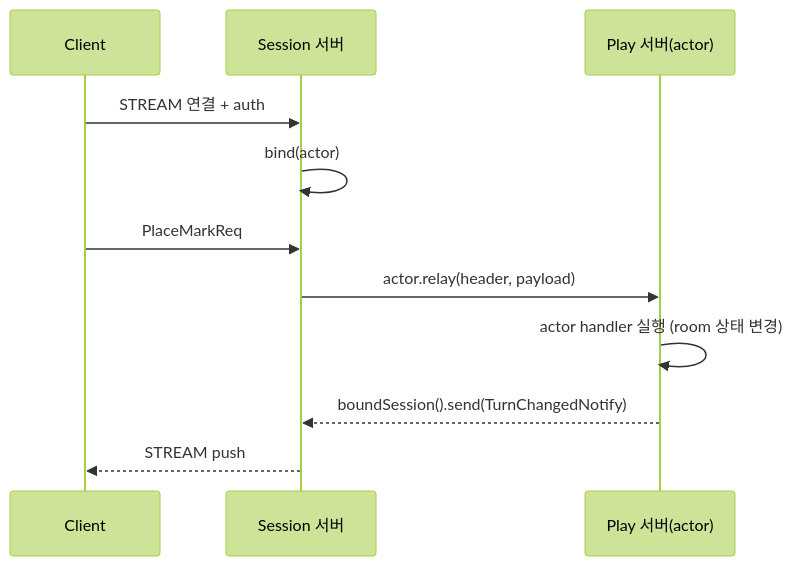
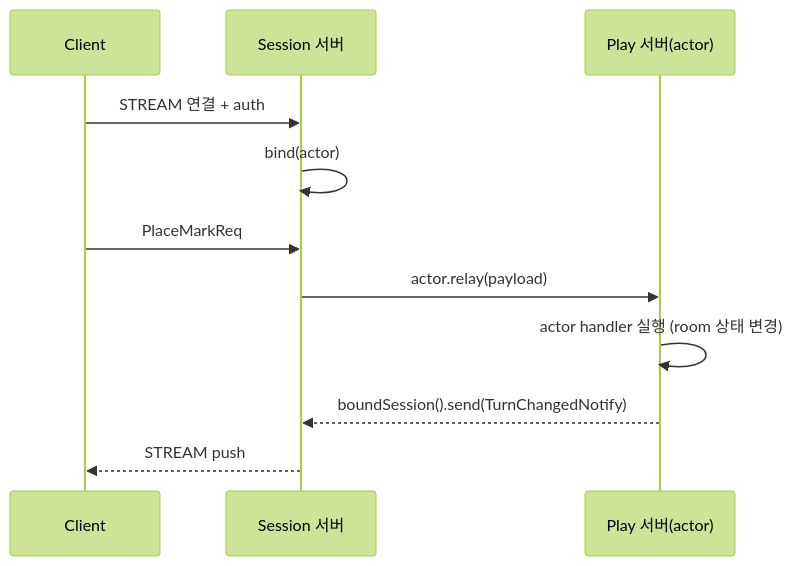
One commit to kairos-code-dev/zlink changed the diagram in framework/doc/framework/java/guide/06-actor-session.ko.md. Above: the diagram before and after it, drawn with Mermaid (forest theme). The commit also changed other lines of this file and 248 other files, not shown here.

````diff
--- a/framework/doc/framework/java/guide/06-actor-session.ko.md
+++ b/framework/doc/framework/java/guide/06-actor-session.ko.md
@@ -135,13 +135,13 @@
 ```mermaid
 sequenceDiagram
   participant C as Client
   participant S as Session 서버
   participant P as Play 서버(actor)
   C->>S: STREAM 연결 + auth
   S->>S: bind(actor)
   C->>S: PlaceMarkReq
-  S->>P: actor.relay(header, payload)
+  S->>P: actor.relay(payload)
   P->>P: actor handler 실행 (room 상태 변경)
   P-->>S: boundSession().send(TurnChangedNotify)
   S-->>C: STREAM push
 ```
````
